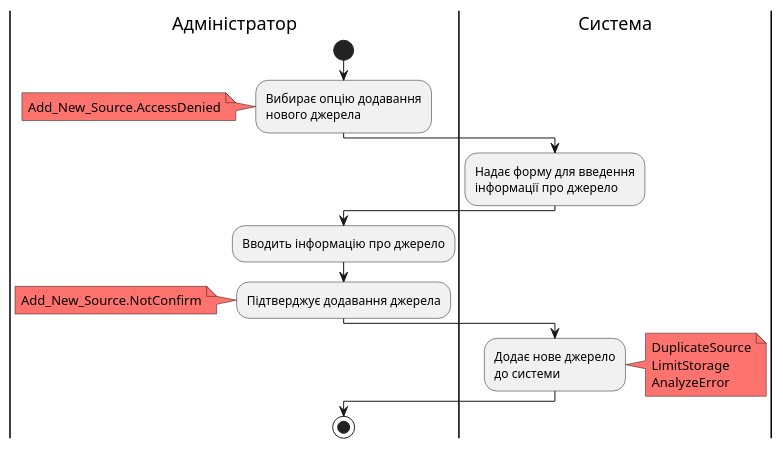
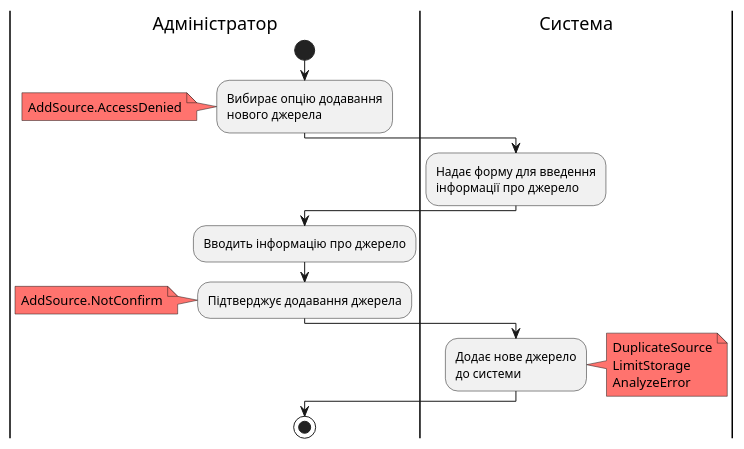
Diagram 15 of 18 in docs/use cases/README.md (nonGratis/retarder-io-23-3-26), drawn with PlantUML before and after one commit. The commit also changed other lines of this file and 4 other files, not shown here.

```diff
--- a/docs/use cases/README.md
+++ b/docs/use cases/README.md
@@ -481,25 +486,25 @@
 @startuml
 |Адміністратор|
     start
     :Вибирає опцію додавання\nнового джерела;
         note left #FF736E
-            Add_New_Source.AccessDenied
+            AddSource.AccessDenied
         end note
 |Система|
     :Надає форму для введення\nінформації про джерело;
 |Адміністратор|
     :Вводить інформацію про джерело;
     :Підтверджує додавання джерела;
         note left #FF736E
-            Add_New_Source.NotConfirm
+            AddSource.NotConfirm
         end note
 |Система|
     :Додає нове джерело\nдо системи;
         note right #FF736E
             DuplicateSource
             LimitStorage
             AnalyzeError
         end note
 |Адміністратор|
     stop;
 @enduml
```
